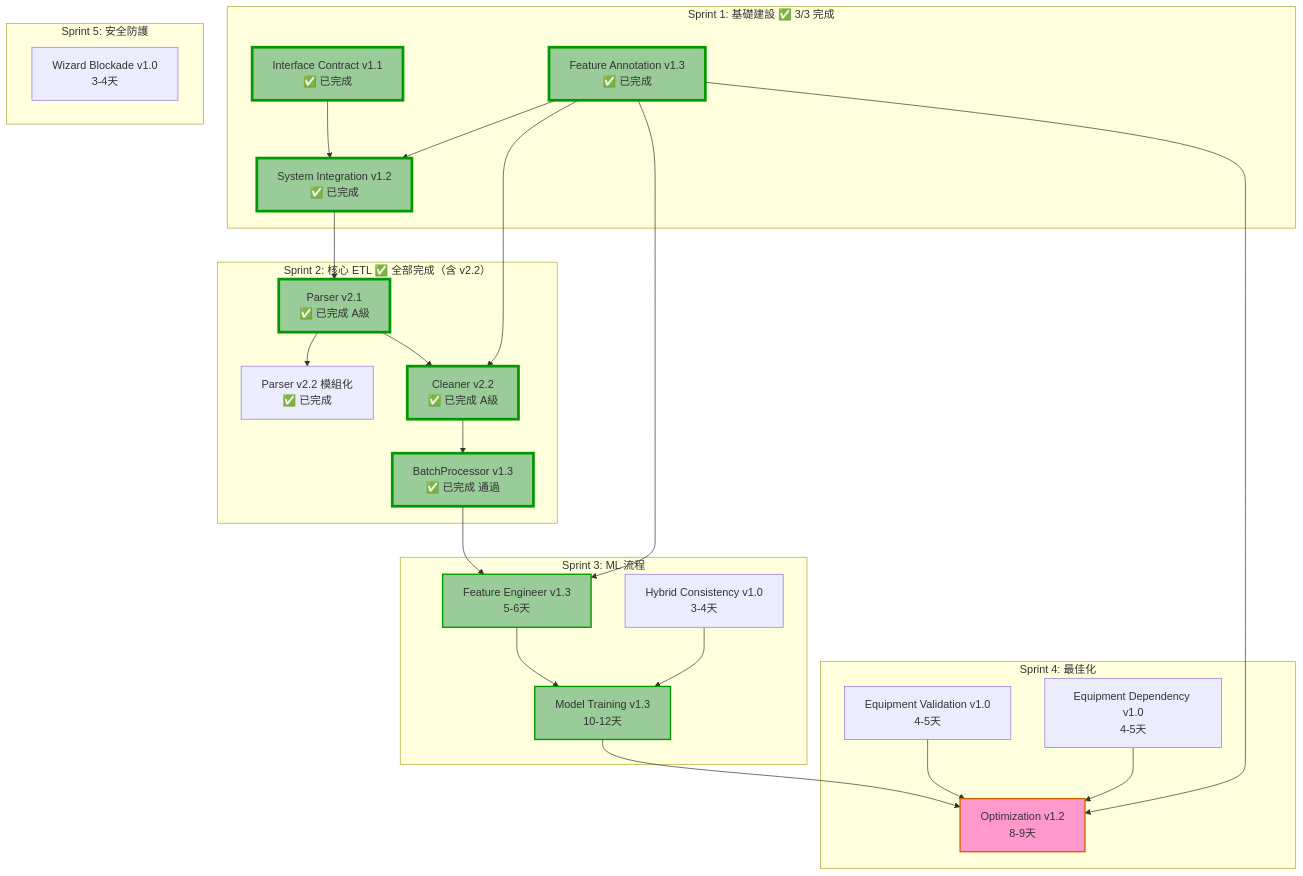
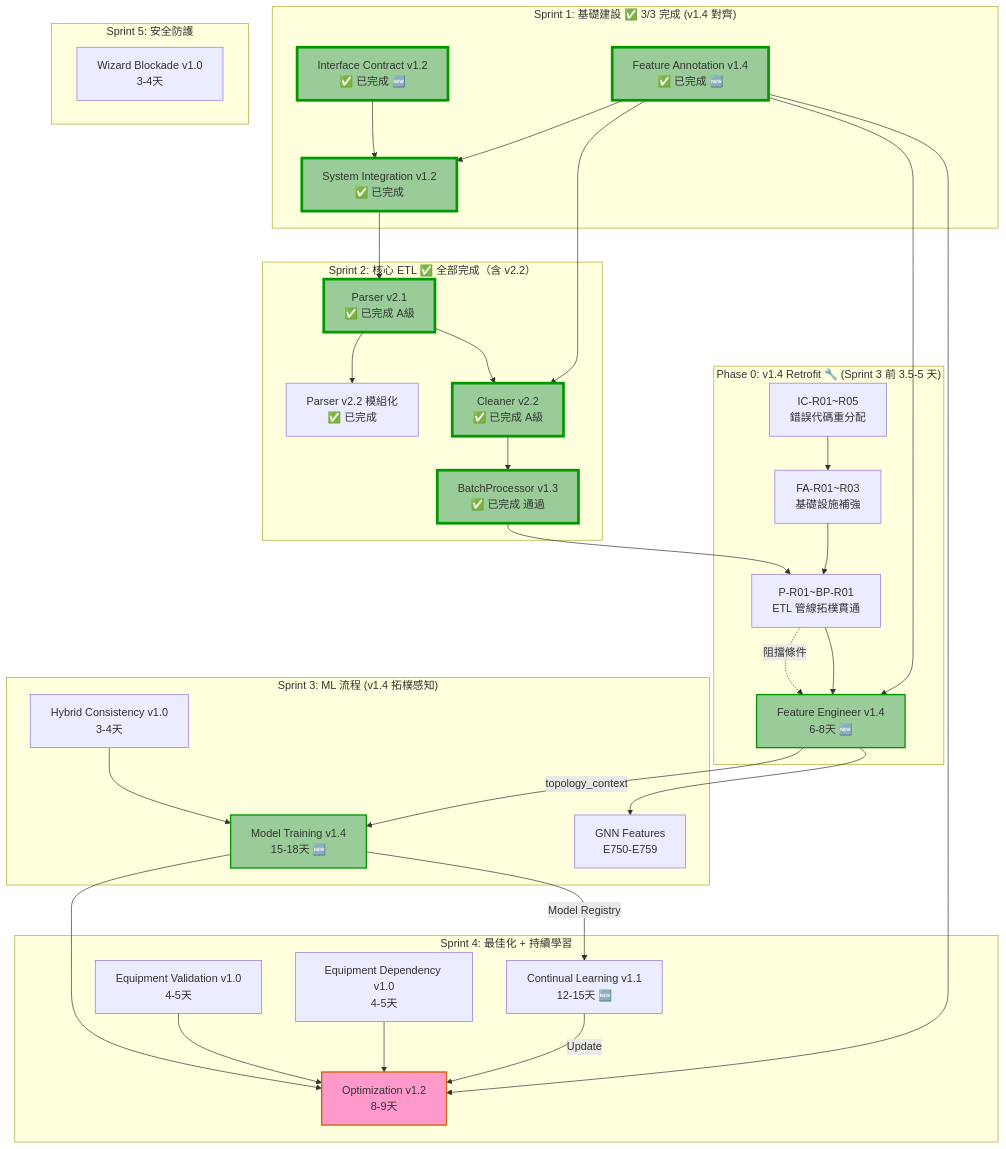
Before and after one commit to oscar120601/HVAC_Analytics: the diagram in docs/專案任務排程/專案任務排程文件.md, drawn with Mermaid. The commit also changed other lines of this file and 10 other files, not shown here.

Commit message:
docs: sync project schedule, PRDs, and README with Phase 0 and Continual Learning updates

````diff
--- a/docs/專案任務排程/專案任務排程文件.md
+++ b/docs/專案任務排程/專案任務排程文件.md
@@ -37,43 +60,53 @@
 ```mermaid
 graph TD
-    subgraph "Sprint 1: 基礎建設 ✅ 3/3 完成"
-        IC[Interface Contract v1.1<br/>✅ 已完成] --> SI[System Integration v1.2<br/>✅ 已完成]
-        FA[Feature Annotation v1.3<br/>✅ 已完成] --> SI
+    subgraph "Sprint 1: 基礎建設 ✅ 3/3 完成 (v1.4 對齊)"
+        IC[Interface Contract v1.2<br/>✅ 已完成 🆕] --> SI[System Integration v1.2<br/>✅ 已完成]
+        FA[Feature Annotation v1.4<br/>✅ 已完成 🆕] --> SI
     end
     
     subgraph "Sprint 2: 核心 ETL ✅ 全部完成（含 v2.2）"
         SI --> Parser[Parser v2.1<br/>✅ 已完成 A級]
         Parser --> Parser22[Parser v2.2 模組化<br/>✅ 已完成]
         FA --> Cleaner[Cleaner v2.2<br/>✅ 已完成 A級]
         Parser --> Cleaner
         Cleaner --> BP[BatchProcessor v1.3<br/>✅ 已完成 通過]
     end
     
-    subgraph "Sprint 3: ML 流程"
-        BP --> FE[Feature Engineer v1.3<br/>5-6天]
-        FA --> FE
-        FE --> MT[Model Training v1.3<br/>10-12天]
-        HC[Hybrid Consistency v1.0<br/>3-4天] --> MT
+    subgraph "Phase 0: v1.4 Retrofit 🔧 (Sprint 3 前 3.5-5 天)"
+        P0[IC-R01~R05<br/>錯誤代碼重分配] --> P0B[FA-R01~R03<br/>基礎設施補強]
+        P0B --> P0C[P-R01~BP-R01<br/>ETL 管線拓樸貫通]
+        P0C -.->|阻擋條件| FE
     end
     
-    subgraph "Sprint 4: 最佳化"
+    subgraph "Sprint 3: ML 流程 (v1.4 拓樸感知)"
+        BP --> P0C
+        P0C --> FE[Feature Engineer v1.4<br/>6-8天 🆕]
+        FA --> FE
+        FE -->|topology_context| MT[Model Training v1.4<br/>15-18天 🆕]
+        HC[Hybrid Consistency v1.0<br/>3-4天] --> MT
+        FE --> GNN[GNN Features<br/>E750-E759]
+    end
+    
+    subgraph "Sprint 4: 最佳化 + 持續學習"
         MT --> OPT[Optimization v1.2<br/>8-9天]
+        MT -->|Model Registry| CL[Continual Learning v1.1<br/>12-15天 🆕]
+        CL -->|Update| OPT
         FA --> OPT
         EV[Equipment Validation v1.0<br/>4-5天] --> OPT
         ED[Equipment Dependency v1.0<br/>4-5天] --> OPT
     end
     
     subgraph "Sprint 5: 安全防護"
         WTB[Wizard Blockade v1.0<br/>3-4天]
     end
     
     style IC fill:#9c9,stroke:#090,stroke-width:4px
     style SI fill:#9c9,stroke:#090,stroke-width:4px
     style FA fill:#9c9,stroke:#090,stroke-width:4px
     style Parser fill:#9c9,stroke:#090,stroke-width:4px
     style Cleaner fill:#9c9,stroke:#090,stroke-width:4px
     style BP fill:#9c9,stroke:#090,stroke-width:4px
     style FE fill:#9c9,stroke:#090,stroke-width:2px
     style MT fill:#9c9,stroke:#090,stroke-width:2px
     style OPT fill:#f9c,stroke:#c60,stroke-width:2px
 ```
````
